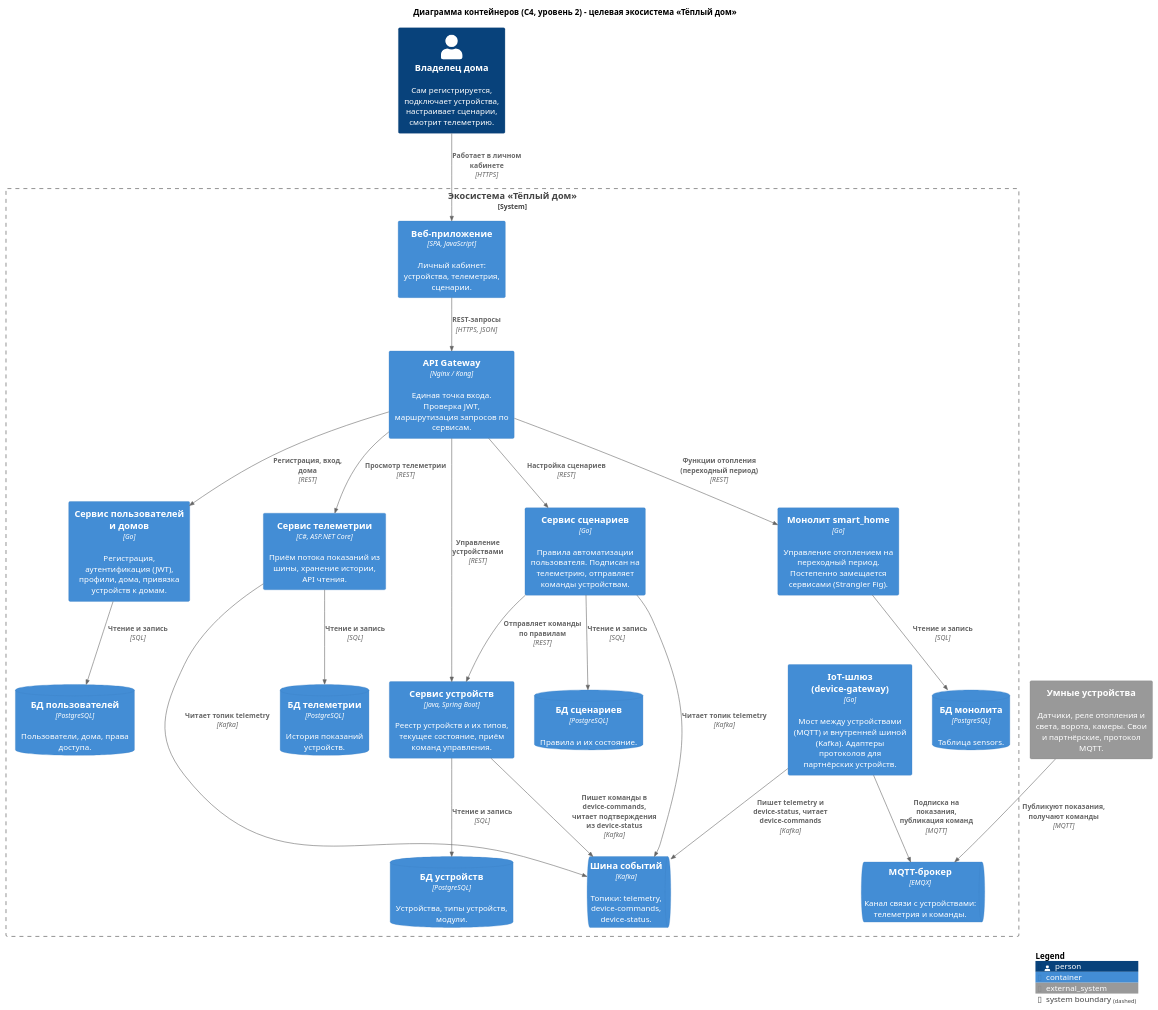
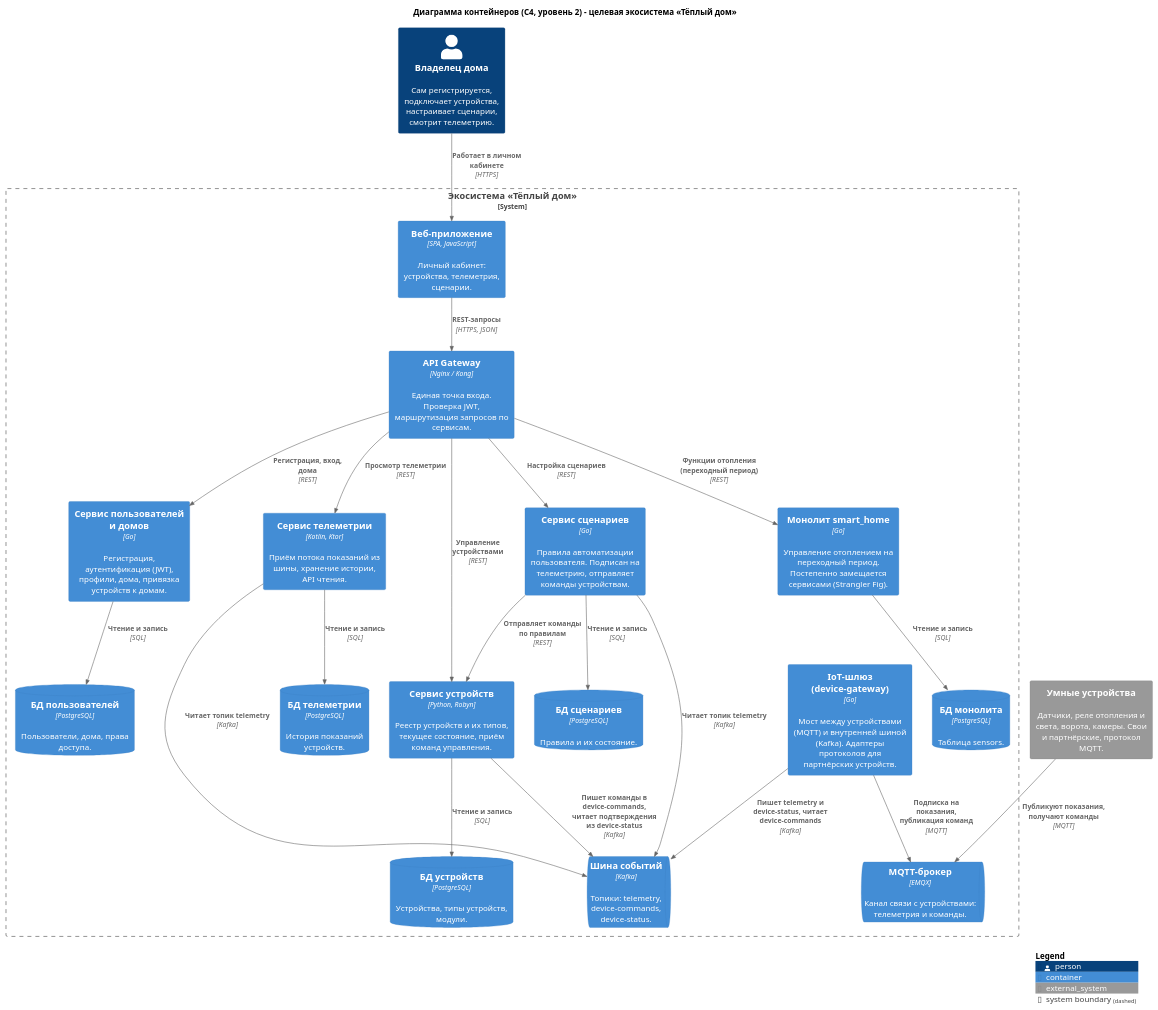
Before and after one commit to Atom-Py/architecture-pro-warmhouse: the diagram in schemas/task2-c4-containers-to-be.puml, drawn with PlantUML. The commit also changed 13 other files, not shown here.

```diff
--- a/schemas/task2-c4-containers-to-be.puml
+++ b/schemas/task2-c4-containers-to-be.puml
@@ -1,58 +1,58 @@
 @startuml task2-c4-containers-to-be
 !include <C4/C4_Container>
 
 title Диаграмма контейнеров (C4, уровень 2) - целевая экосистема «Тёплый дом»
 
 Person(user, "Владелец дома", "Сам регистрируется, подключает устройства, настраивает сценарии, смотрит телеметрию.")
 
 System_Boundary(warmhouse, "Экосистема «Тёплый дом»") {
     Container(webapp, "Веб-приложение", "SPA, JavaScript", "Личный кабинет: устройства, телеметрия, сценарии.")
     Container(gateway, "API Gateway", "Nginx / Kong", "Единая точка входа. Проверка JWT, маршрутизация запросов по сервисам.")
 
     Container(users, "Сервис пользователей и домов", "Go", "Регистрация, аутентификация (JWT), профили, дома, привязка устройств к домам.")
     ContainerDb(users_db, "БД пользователей", "PostgreSQL", "Пользователи, дома, права доступа.")
 
-    Container(devices, "Сервис устройств", "Java, Spring Boot", "Реестр устройств и их типов, текущее состояние, приём команд управления.")
+    Container(devices, "Сервис устройств", "Python, Robyn", "Реестр устройств и их типов, текущее состояние, приём команд управления.")
     ContainerDb(devices_db, "БД устройств", "PostgreSQL", "Устройства, типы устройств, модули.")
 
-    Container(telemetry, "Сервис телеметрии", "C#, ASP.NET Core", "Приём потока показаний из шины, хранение истории, API чтения.")
+    Container(telemetry, "Сервис телеметрии", "Kotlin, Ktor", "Приём потока показаний из шины, хранение истории, API чтения.")
     ContainerDb(telemetry_db, "БД телеметрии", "PostgreSQL", "История показаний устройств.")
 
     Container(scenarios, "Сервис сценариев", "Go", "Правила автоматизации пользователя. Подписан на телеметрию, отправляет команды устройствам.")
     ContainerDb(scenarios_db, "БД сценариев", "PostgreSQL", "Правила и их состояние.")
 
     Container(monolith, "Монолит smart_home", "Go", "Управление отоплением на переходный период. Постепенно замещается сервисами (Strangler Fig).")
     ContainerDb(monolith_db, "БД монолита", "PostgreSQL", "Таблица sensors.")
 
     Container(device_gw, "IoT-шлюз (device-gateway)", "Go", "Мост между устройствами (MQTT) и внутренней шиной (Kafka). Адаптеры протоколов для партнёрских устройств.")
 
     ContainerQueue(kafka, "Шина событий", "Kafka", "Топики: telemetry, device-commands, device-status.")
     ContainerQueue(mqtt, "MQTT-брокер", "EMQX", "Канал связи с устройствами: телеметрия и команды.")
 }
 
 System_Ext(smart_devices, "Умные устройства", "Датчики, реле отопления и света, ворота, камеры. Свои и партнёрские, протокол MQTT.")
 
 Rel(user, webapp, "Работает в личном кабинете", "HTTPS")
 Rel(webapp, gateway, "REST-запросы", "HTTPS, JSON")
 Rel(gateway, users, "Регистрация, вход, дома", "REST")
 Rel(gateway, devices, "Управление устройствами", "REST")
 Rel(gateway, telemetry, "Просмотр телеметрии", "REST")
 Rel(gateway, scenarios, "Настройка сценариев", "REST")
 Rel(gateway, monolith, "Функции отопления (переходный период)", "REST")
 
 Rel(users, users_db, "Чтение и запись", "SQL")
 Rel(devices, devices_db, "Чтение и запись", "SQL")
 Rel(telemetry, telemetry_db, "Чтение и запись", "SQL")
 Rel(scenarios, scenarios_db, "Чтение и запись", "SQL")
 Rel(monolith, monolith_db, "Чтение и запись", "SQL")
 
 Rel(devices, kafka, "Пишет команды в device-commands, читает подтверждения из device-status", "Kafka")
 Rel(telemetry, kafka, "Читает топик telemetry", "Kafka")
 Rel(scenarios, kafka, "Читает топик telemetry", "Kafka")
 Rel(scenarios, devices, "Отправляет команды по правилам", "REST")
 Rel(device_gw, kafka, "Пишет telemetry и device-status, читает device-commands", "Kafka")
 Rel(device_gw, mqtt, "Подписка на показания, публикация команд", "MQTT")
 Rel(smart_devices, mqtt, "Публикуют показания, получают команды", "MQTT")
 
 SHOW_LEGEND()
 @enduml
```
